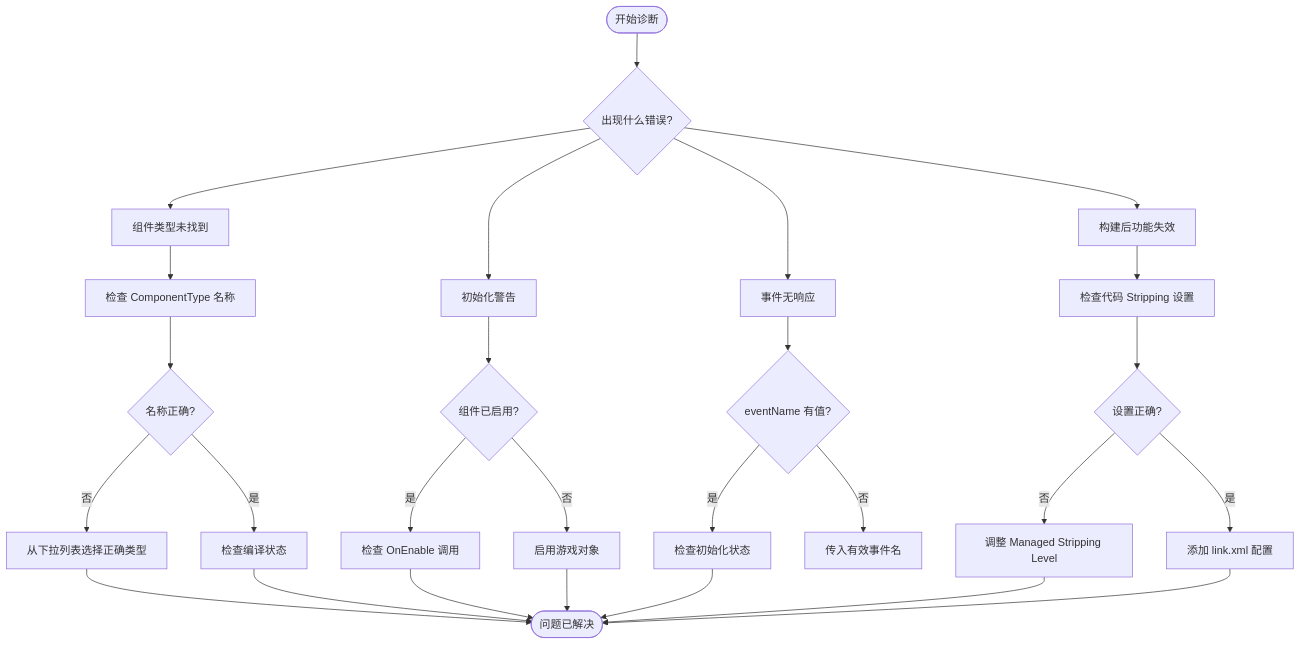
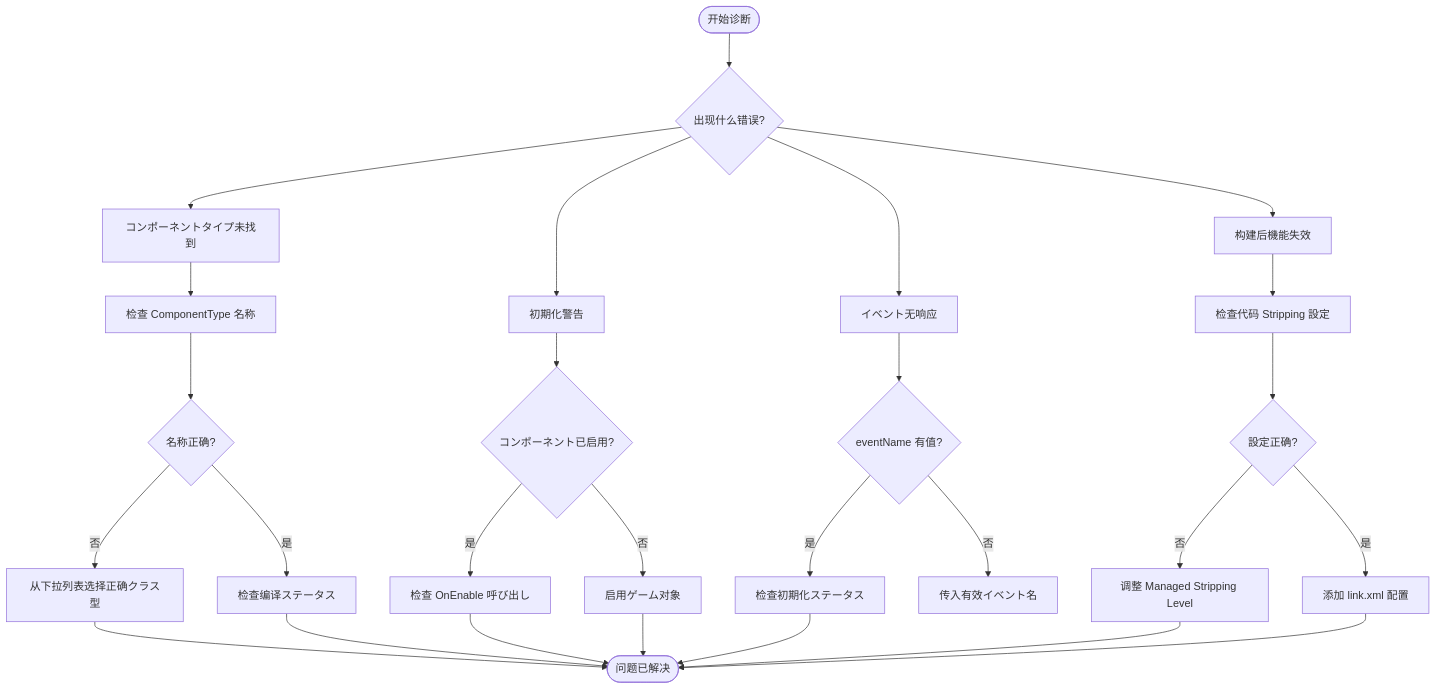
One commit to AlianBlank/GameFrameX.Docs changed the diagram in docs/ja/client/unity/component/gameanalytics/07.troubleshooting.md. Above: the diagram before and after it, drawn with Mermaid. The commit also changed other lines of this file and 603 other files, not shown here.

````diff
--- a/docs/ja/client/unity/component/gameanalytics/07.troubleshooting.md
+++ b/docs/ja/client/unity/component/gameanalytics/07.troubleshooting.md
@@ -151,34 +151,34 @@
 ```mermaid
 flowchart TD
     A([开始诊断]) --> B{出现什么错误?}
-    B --> C[组件类型未找到]
-    B --> D[初始化警告]
-    B --> E[事件无响应]
-    B --> F[构建后功能失效]
+    B --> C[コンポーネントタイプ未找到]
+    B --> D[初期化警告]
+    B --> E[イベント无响应]
+    B --> F[构建后機能失效]
 
     C --> C1[检查 ComponentType 名称]
     C1 --> C2{名称正确?}
-    C2 -->|是| C3[检查编译状态]
-    C2 -->|否| C4[从下拉列表选择正确类型]
+    C2 -->|是| C3[检查编译ステータス]
+    C2 -->|否| C4[从下拉列表选择正确クラス型]
 
-    D --> D1{组件已启用?}
-    D1 -->|是| D2[检查 OnEnable 调用]
-    D1 -->|否| D3[启用游戏对象]
+    D --> D1{コンポーネント已启用?}
+    D1 -->|是| D2[检查 OnEnable 呼び出し]
+    D1 -->|否| D3[启用ゲーム对象]
 
     E --> E1{eventName 有值?}
-    E1 -->|是| E2[检查初始化状态]
-    E1 -->|否| E4[传入有效事件名]
+    E1 -->|是| E2[检查初期化ステータス]
+    E1 -->|否| E4[传入有效イベント名]
 
-    F --> F1[检查代码 Stripping 设置]
-    F1 --> F2{设置正确?}
+    F --> F1[检查代码 Stripping 設定]
+    F1 --> F2{設定正确?}
     F2 -->|否| F3[调整 Managed Stripping Level]
     F2 -->|是| F4[添加 link.xml 配置]
 
     C4 --> G([问题已解决])
     C3 --> G
     D2 --> G
     D3 --> G
     E2 --> G
     F3 --> G
     F4 --> G
 ```
````
